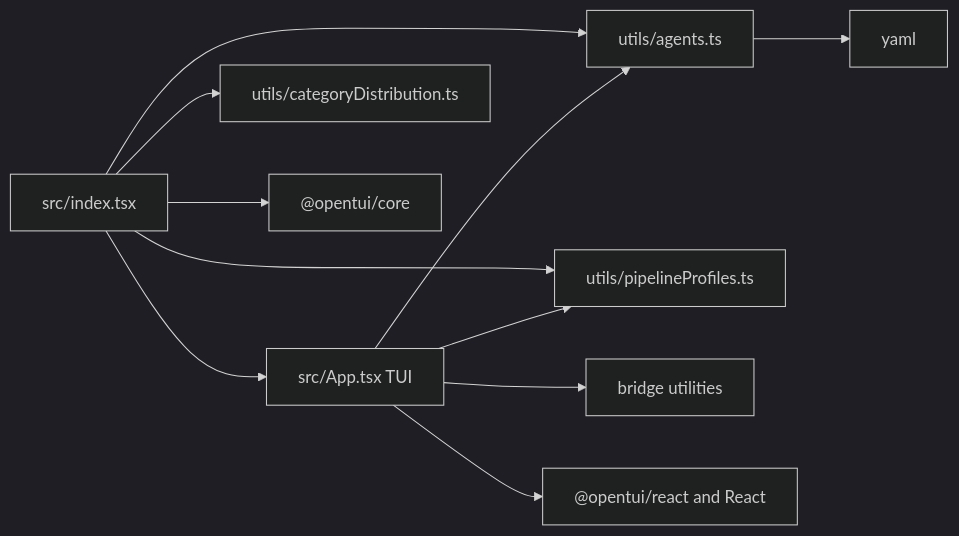
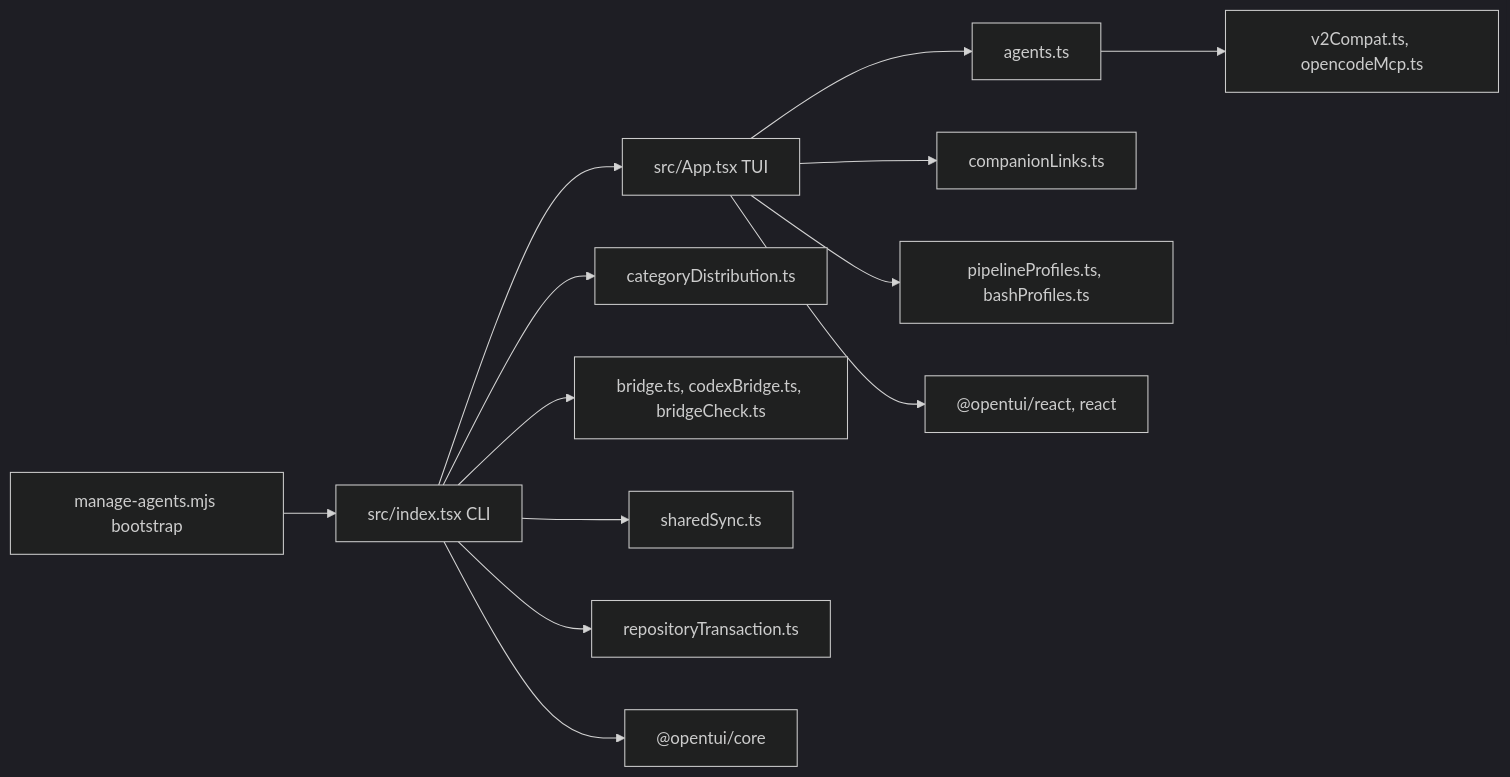
Before and after one commit to lorecanc/agents: the diagram in wiki/modules/agent-manager.md, drawn with Mermaid (dark theme). The commit also changed other lines of this file and 33 other files, not shown here.

Commit message:
feat: improve bridge and category resource handling

````diff
--- a/wiki/modules/agent-manager.md
+++ b/wiki/modules/agent-manager.md
@@ -48,13 +146,15 @@
 ```mermaid
 graph LR
-    Entry["src/index.tsx"] --> App["src/App.tsx TUI"]
-    Entry --> AgentUtils["utils/agents.ts"]
-    Entry --> Categories["utils/categoryDistribution.ts"]
-    Entry --> Profiles["utils/pipelineProfiles.ts"]
-    App --> AgentUtils
-    App --> Profiles
-    App --> Bridges["bridge utilities"]
-    App --> UI["@opentui/react and React"]
-    AgentUtils --> YAML["yaml"]
-    Entry --> Core["@opentui/core"]
+    Entry["manage-agents.mjs bootstrap"] --> Index["src/index.tsx CLI"]
+    Index --> App["src/App.tsx TUI"]
+    Index --> Categories["categoryDistribution.ts"]
+    Index --> Bridges["bridge.ts, codexBridge.ts, bridgeCheck.ts"]
+    Index --> Shared["sharedSync.ts"]
+    Index --> Tx["repositoryTransaction.ts"]
+    App --> Agents["agents.ts"]
+    App --> Links["companionLinks.ts"]
+    App --> Profiles["pipelineProfiles.ts, bashProfiles.ts"]
+    Agents --> Compat["v2Compat.ts, opencodeMcp.ts"]
+    Index --> OpenTUI["@opentui/core"]
+    App --> React["@opentui/react, react"]
 ```
````
